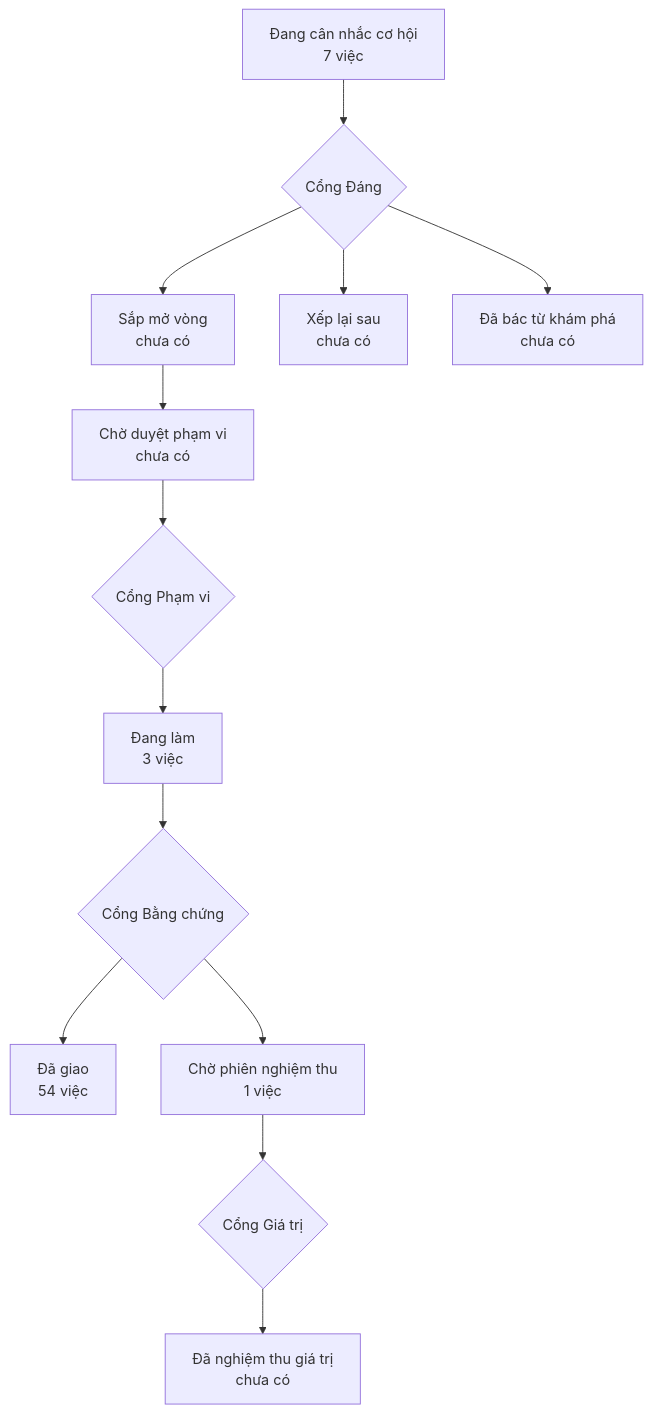
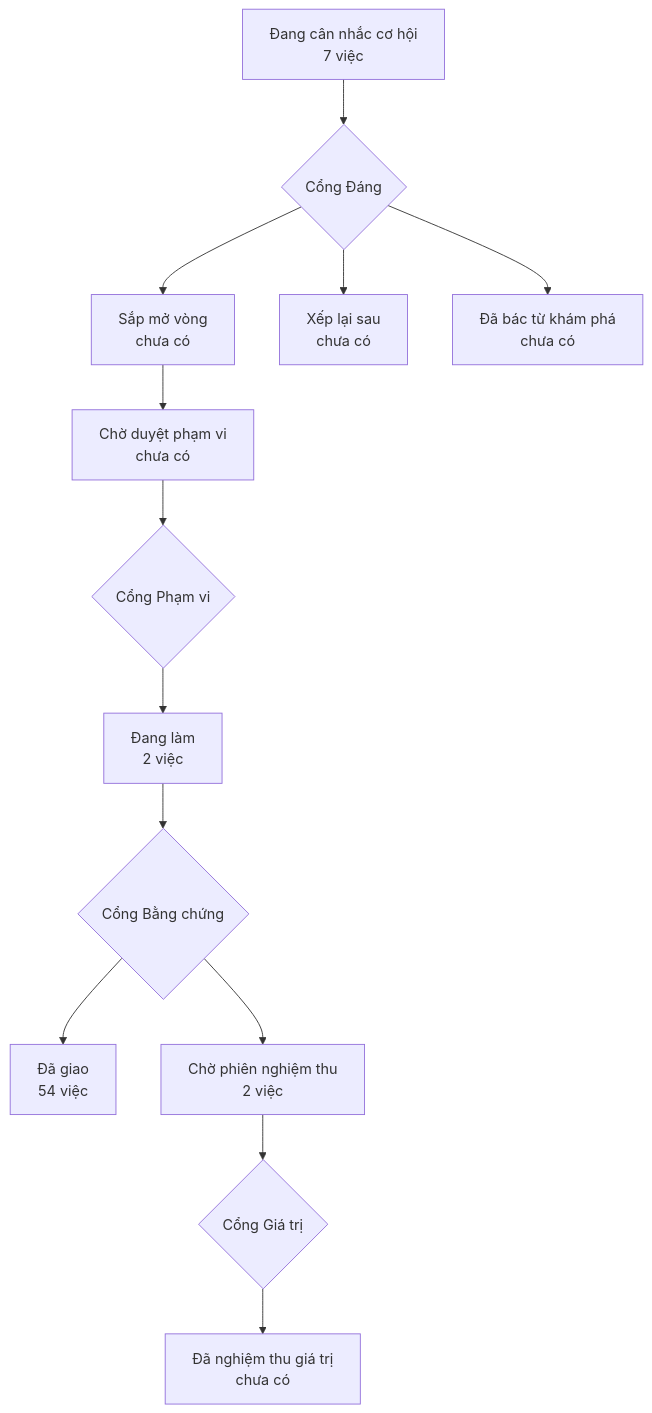
One commit to phanlemanh/acceptance-gate-kit changed the diagram in PRODUCT-MAP.md. Above: the diagram before and after it, drawn with Mermaid. The commit also changed 3 other files, not shown here.

Commit message:
acceptance(lenh-in-ra-phai-bam-duoc): owner ký Cổng Bằng chứng 2026-08-22 — signed-off + bản đồ vẽ lại cùng lượt

````diff
--- a/PRODUCT-MAP.md
+++ b/PRODUCT-MAP.md
@@ -6,12 +6,12 @@
 ```mermaid
 flowchart TD
   A["Đang cân nhắc cơ hội<br/>7 việc"] --> GD{"Cổng Đáng"}
   GD --> B["Sắp mở vòng<br/>chưa có"]
   GD --> XL["Xếp lại sau<br/>chưa có"]
   GD --> DB["Đã bác từ khám phá<br/>chưa có"]
   B --> CD["Chờ duyệt phạm vi<br/>chưa có"] --> GP{"Cổng Phạm vi"}
-  GP --> DL["Đang làm<br/>3 việc"] --> GB{"Cổng Bằng chứng"}
+  GP --> DL["Đang làm<br/>2 việc"] --> GB{"Cổng Bằng chứng"}
   GB --> DG["Đã giao<br/>54 việc"]
-  GB --> CN["Chờ phiên nghiệm thu<br/>1 việc"] --> GG{"Cổng Giá trị"}
+  GB --> CN["Chờ phiên nghiệm thu<br/>2 việc"] --> GG{"Cổng Giá trị"}
   GG --> NT["Đã nghiệm thu giá trị<br/>chưa có"]
 ```
````
